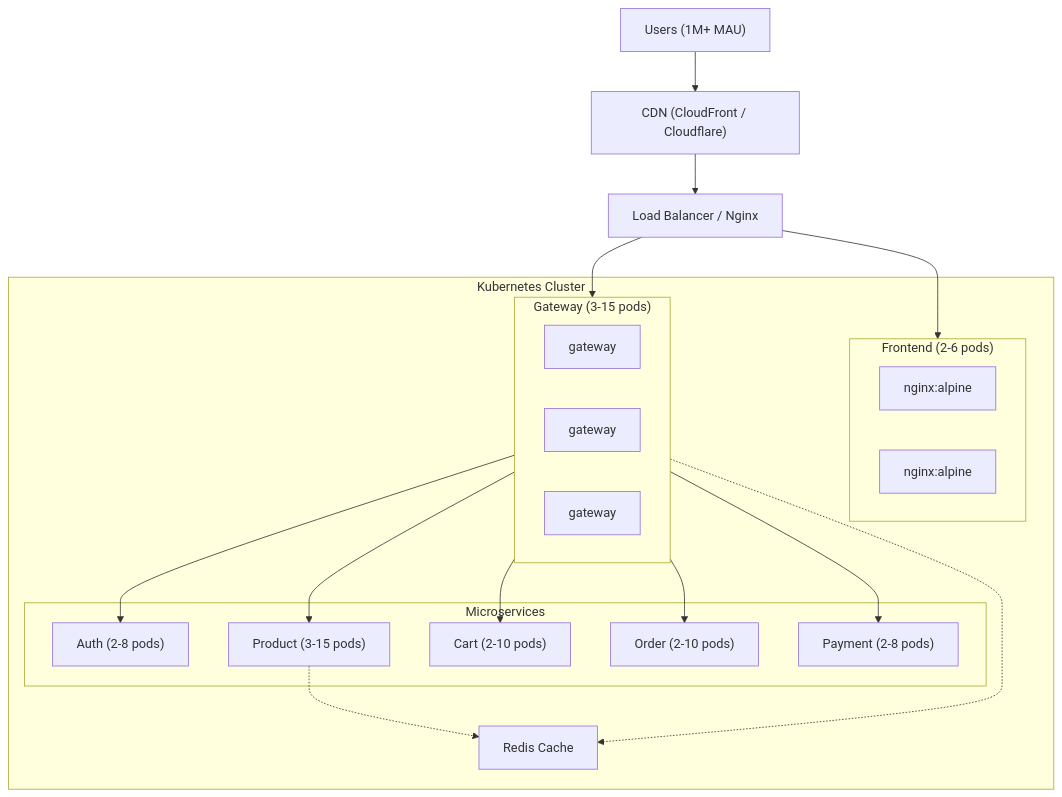
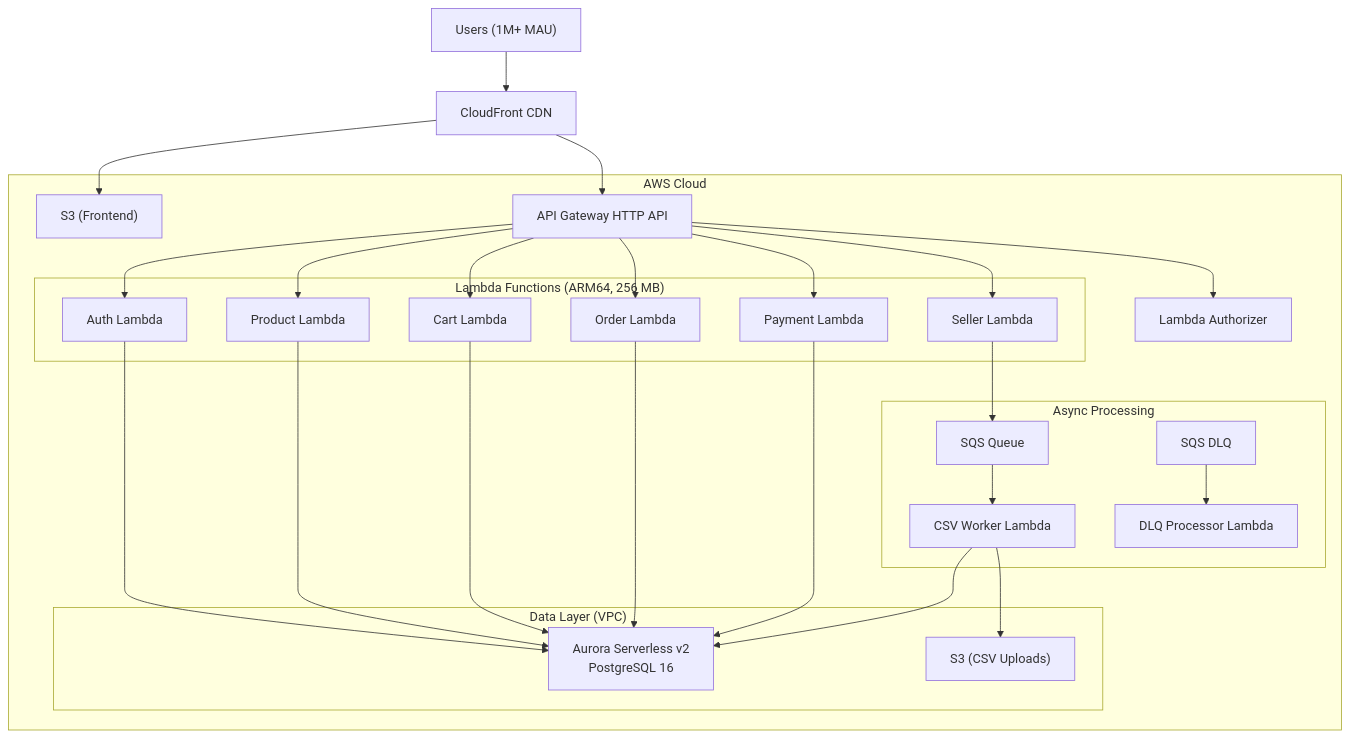
Diagram 17 of 18 in ecommerce/docs/ARCHITECTURE.md (nikhil2128/ai-projects), drawn with Mermaid before and after one commit. The commit also changed other lines of this file and 40 other files, not shown here.

````diff
--- a/ecommerce/docs/ARCHITECTURE.md
+++ b/ecommerce/docs/ARCHITECTURE.md
@@ -914,41 +914,53 @@
 ```mermaid
 graph TB
     Users["Users (1M+ MAU)"]
-    CDN["CDN (CloudFront / Cloudflare)"]
-    LB["Load Balancer / Nginx"]
-    
-    subgraph K8s["Kubernetes Cluster"]
-        subgraph FE["Frontend (2-6 pods)"]
-            FE1["nginx:alpine"]
-            FE2["nginx:alpine"]
+    CF["CloudFront CDN"]
+
+    subgraph AWS["AWS Cloud"]
+        S3["S3 (Frontend)"]
+        APIGW["API Gateway HTTP API"]
+        AUTHORIZER["Lambda Authorizer"]
+
+        subgraph Lambdas["Lambda Functions (ARM64, 256 MB)"]
+            AUTH["Auth Lambda"]
+            PROD["Product Lambda"]
+            CART["Cart Lambda"]
+            ORD["Order Lambda"]
+            PAY["Payment Lambda"]
+            SELLER["Seller Lambda"]
         end
-        
-        subgraph GW["Gateway (3-15 pods)"]
-            GW1["gateway"]
-            GW2["gateway"]
-            GW3["gateway"]
+
+        subgraph Async["Async Processing"]
+            SQS["SQS Queue"]
+            DLQ["SQS DLQ"]
+            CSV["CSV Worker Lambda"]
+            DLQP["DLQ Processor Lambda"]
         end
-        
-        subgraph MS["Microservices"]
-            AUTH["Auth (2-8 pods)"]
-            PROD["Product (3-15 pods)"]
-            CART["Cart (2-10 pods)"]
-            ORD["Order (2-10 pods)"]
-            PAY["Payment (2-8 pods)"]
+
+        subgraph Data["Data Layer (VPC)"]
+            AURORA["Aurora Serverless v2<br/>PostgreSQL 16"]
+            S3CSV["S3 (CSV Uploads)"]
         end
-        
-        REDIS["Redis Cache"]
     end
-    
-    Users --> CDN
-    CDN --> LB
-    LB --> FE
-    LB --> GW
-    GW --> AUTH
-    GW --> PROD
-    GW --> CART
-    GW --> ORD
-    GW --> PAY
-    GW -.-> REDIS
-    PROD -.-> REDIS
+
+    Users --> CF
+    CF --> S3
+    CF --> APIGW
+    APIGW --> AUTHORIZER
+    APIGW --> AUTH
+    APIGW --> PROD
+    APIGW --> CART
+    APIGW --> ORD
+    APIGW --> PAY
+    APIGW --> SELLER
+    SELLER --> SQS
+    SQS --> CSV
+    DLQ --> DLQP
+    AUTH --> AURORA
+    PROD --> AURORA
+    CART --> AURORA
+    ORD --> AURORA
+    PAY --> AURORA
+    CSV --> AURORA
+    CSV --> S3CSV
 ```
````
